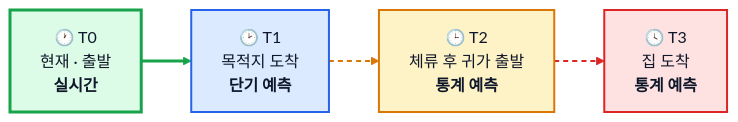
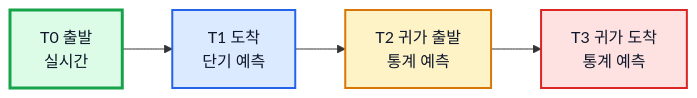
One commit to rome777/aiffel_test changed the third of 4 diagrams in README.md. Above: the diagram before and after it, drawn with Mermaid. The commit also changed other lines of this file and 1 other file, not shown here.

````diff
--- a/README.md
+++ b/README.md
@@ -278,20 +117,14 @@
 ```mermaid
 graph LR
-    T0["🕐 T0<br/>현재 · 출발<br/><b>실시간</b>"] --> T1["🕑 T1<br/>목적지 도착<br/><b>단기 예측</b>"]
-    T1 --> T2["🕒 T2<br/>체류 후 귀가 출발<br/><b>통계 예측</b>"]
-    T2 --> T3["🕓 T3<br/>집 도착<br/><b>통계 예측</b>"]
-
+    T0["T0 출발<br/>실시간"] --> T1["T1 도착<br/>단기 예측"]
+    T1 --> T2["T2 귀가 출발<br/>통계 예측"]
+    T2 --> T3["T3 귀가 도착<br/>통계 예측"]
     classDef live fill:#dcfce7,stroke:#16a34a,stroke-width:3px,color:#0f172a
     classDef near fill:#dbeafe,stroke:#2563eb,stroke-width:2px,color:#0f172a
     classDef stat fill:#fef3c7,stroke:#d97706,stroke-width:2px,color:#0f172a
-    classDef far  fill:#fee2e2,stroke:#dc2626,stroke-width:2px,color:#0f172a
-
+    classDef far fill:#fee2e2,stroke:#dc2626,stroke-width:2px,color:#0f172a
     class T0 live
     class T1 near
     class T2 stat
     class T3 far
-
-    linkStyle 0 stroke:#16a34a,stroke-width:3px
-    linkStyle 1 stroke:#d97706,stroke-width:2px,stroke-dasharray:5 4
-    linkStyle 2 stroke:#dc2626,stroke-width:2px,stroke-dasharray:5 4
 ```
````
